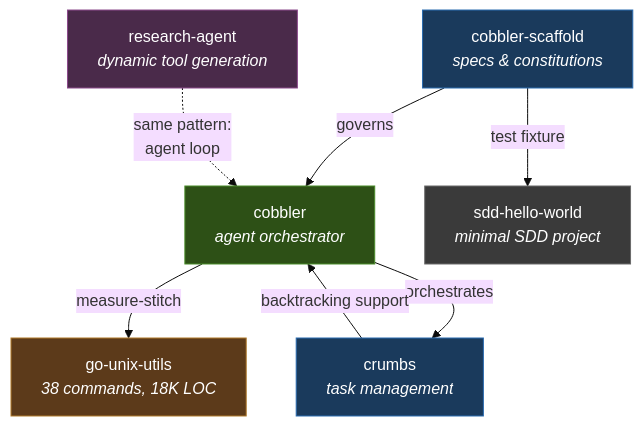
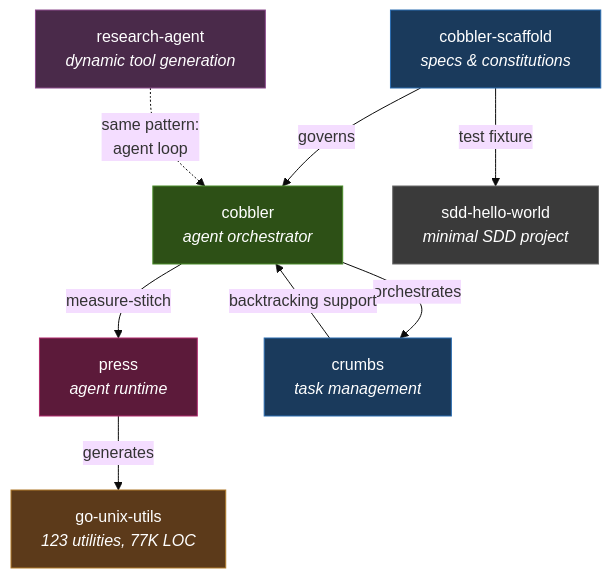
The diagram in README.md (petar-djukic/petar-djukic), drawn with Mermaid (base theme) before and after one commit. The commit also changed other lines of this file, not shown here.

First line of the commit message:
Update profile README: add press, update go-unix-utils stats, expand articles

````diff
--- a/README.md
+++ b/README.md
@@ -9,16 +9,18 @@
 ```mermaid
 graph TD
     CS[cobbler-scaffold<br><i>specs & constitutions</i>] -->|governs| C[cobbler<br><i>agent orchestrator</i>]
-    C -->|measure-stitch| GUU[go-unix-utils<br><i>38 commands, 18K LOC</i>]
+    C -->|measure-stitch| P[press<br><i>agent runtime</i>]
+    P -->|generates| GUU[go-unix-utils<br><i>123 utilities, 77K LOC</i>]
     C -->|orchestrates| CR[crumbs<br><i>task management</i>]
     CR -->|backtracking support| C
     RA[research-agent<br><i>dynamic tool generation</i>] -.->|same pattern:<br>agent loop| C
     CS -->|test fixture| SHW[sdd-hello-world<br><i>minimal SDD project</i>]
 
     style C fill:#2d5016,stroke:#4a8c2a,color:#fff
     style CS fill:#1a3a5c,stroke:#2a6cb0,color:#fff
+    style P fill:#5c1a3a,stroke:#b02a6c,color:#fff
     style GUU fill:#5c3a1a,stroke:#b07a2a,color:#fff
     style CR fill:#1a3a5c,stroke:#2a6cb0,color:#fff
     style RA fill:#4a2a4a,stroke:#8c4a8c,color:#fff
     style SHW fill:#3a3a3a,stroke:#6a6a6a,color:#fff
 ```
````
